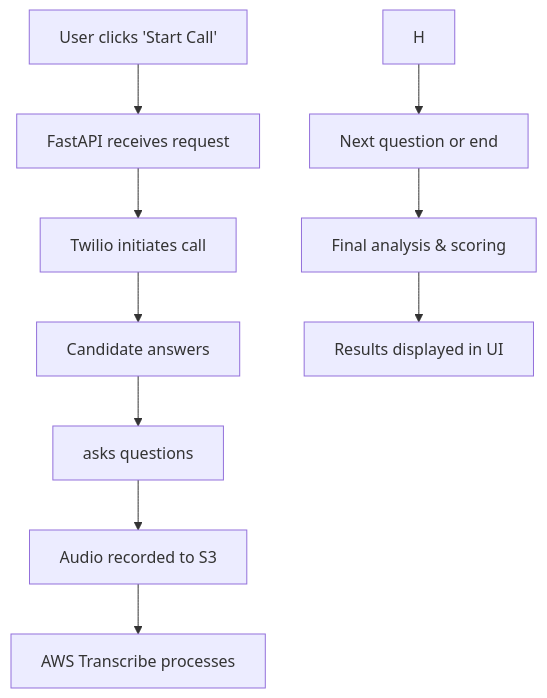
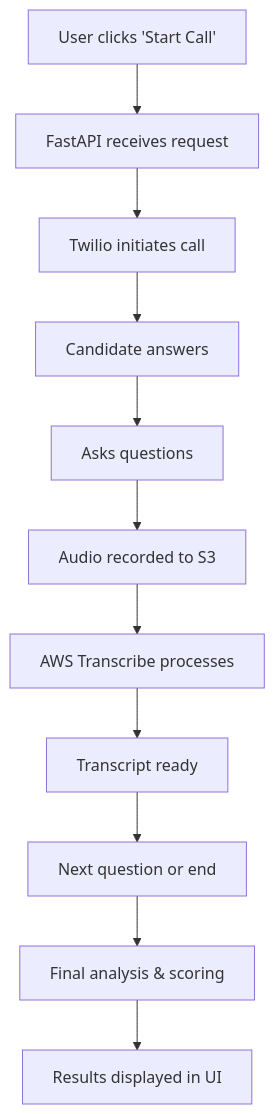
One commit to ranjan2829/AI-Calling-Agent changed the diagram in README.md. Above: the diagram before and after it, drawn with Mermaid.

````diff
--- a/README.md
+++ b/README.md
@@ -419,12 +419,14 @@
 ```mermaid
 graph TD
     A[User clicks 'Start Call'] --> B[FastAPI receives request]
     B --> C[Twilio initiates call]
     C --> D[Candidate answers]
-    D --> E[asks questions]
+    D --> E[Asks questions]
     E --> F[Audio recorded to S3]
     F --> G[AWS Transcribe processes]
+    G --> H[Transcript ready]
     H --> I[Next question or end]
     I --> J[Final analysis & scoring]
     J --> K[Results displayed in UI]
+
 ```
````
